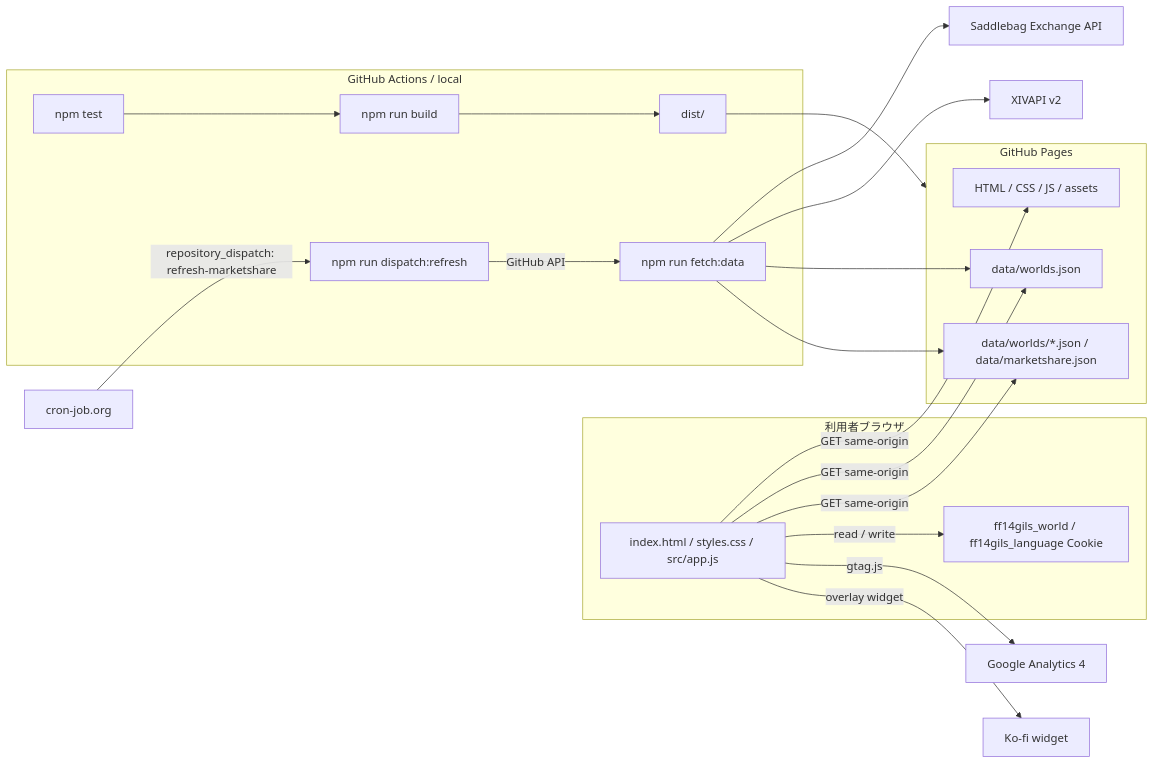
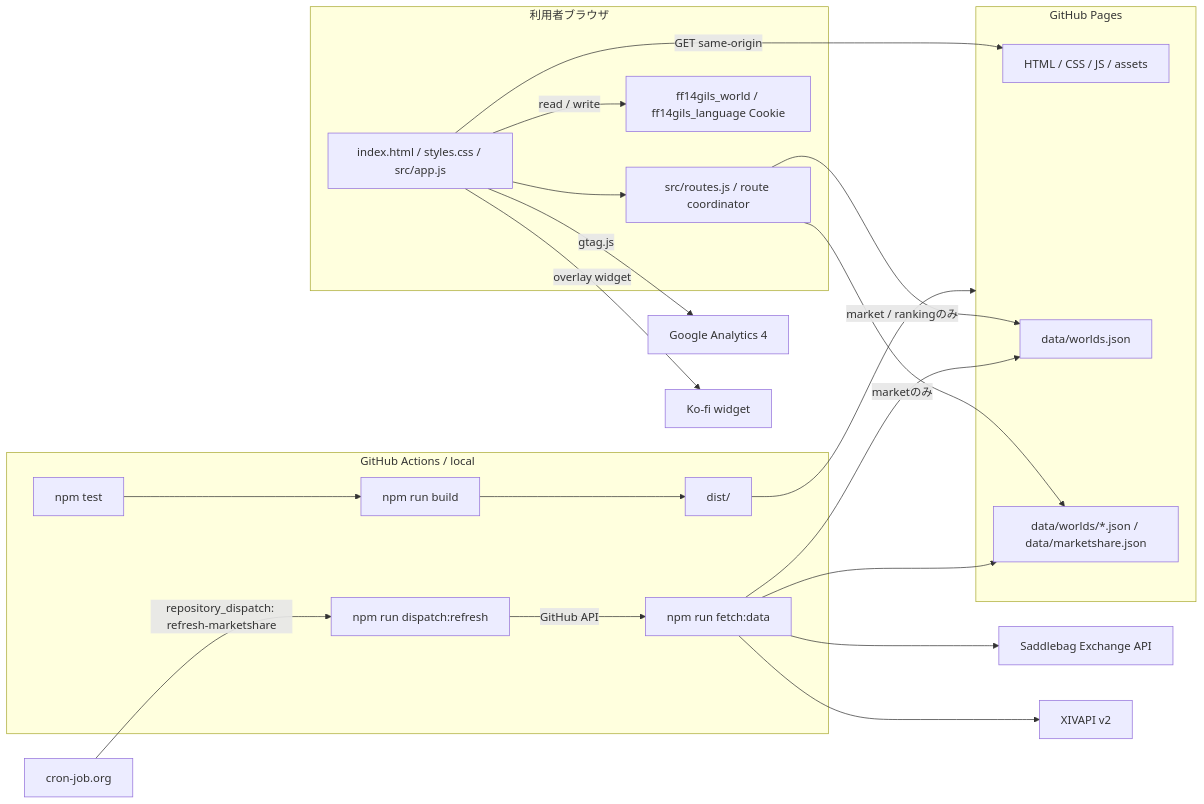
The diagram in README.md (jinwktk/FF14Gils), drawn with Mermaid before and after one commit. The commit also changed other lines of this file and 13 other files, not shown here.

````diff
--- a/README.md
+++ b/README.md
@@ -50,45 +60,47 @@
 ```mermaid
 flowchart LR
   subgraph Browser["利用者ブラウザ"]
     Ui["index.html / styles.css / src/app.js"]
+    Routes["src/routes.js / route coordinator"]
     Cookie["ff14gils_world / ff14gils_language Cookie"]
   end
 
   subgraph Pages["GitHub Pages"]
     Static["HTML / CSS / JS / assets"]
     WorldIndex["data/worlds.json"]
     Snapshots["data/worlds/*.json / data/marketshare.json"]
   end
 
   subgraph Pipeline["GitHub Actions / local"]
     Tests["npm test"]
     FetchData["npm run fetch:data"]
     Dispatch["npm run dispatch:refresh"]
     Build["npm run build"]
     Dist["dist/"]
   end
 
   ExternalScheduler["cron-job.org"]
 
   Saddlebag["Saddlebag Exchange API"]
   Xivapi["XIVAPI v2"]
   Analytics["Google Analytics 4"]
   Kofi["Ko-fi widget"]
 
   Ui -->|"GET same-origin"| Static
-  Ui -->|"GET same-origin"| WorldIndex
-  Ui -->|"GET same-origin"| Snapshots
+  Ui --> Routes
+  Routes -->|"market / rankingのみ"| WorldIndex
+  Routes -->|"marketのみ"| Snapshots
   Ui -->|"read / write"| Cookie
   Ui -->|"gtag.js"| Analytics
   Ui -->|"overlay widget"| Kofi
 
   FetchData --> Saddlebag
   FetchData --> Xivapi
   FetchData --> WorldIndex
   FetchData --> Snapshots
   ExternalScheduler -->|"repository_dispatch: refresh-marketshare"| Dispatch
   Dispatch -->|"GitHub API"| FetchData
   Tests --> Build
   Build --> Dist
   Dist --> Pages
 ```
````
